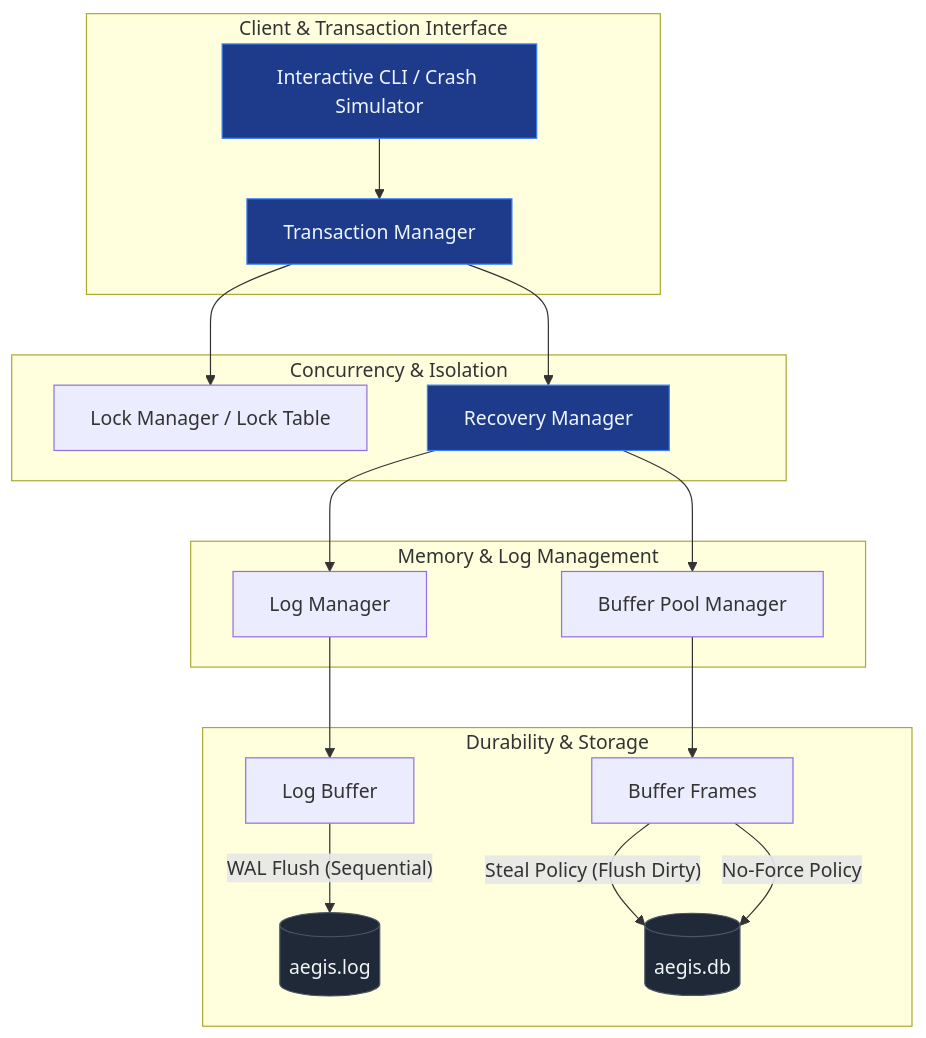
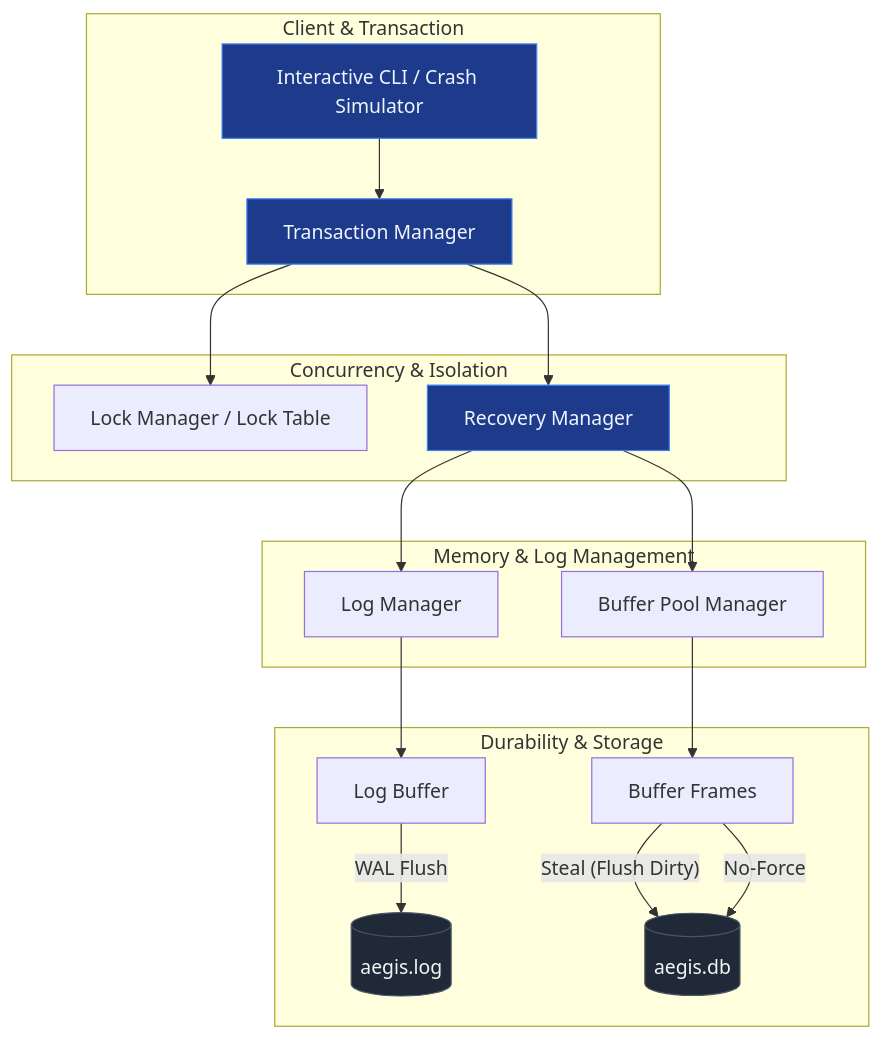
One commit to Siddhi-Nagapure-5/AegisDB changed the first of 2 diagrams in README.md. Above: the diagram before and after it, drawn with Mermaid. The commit also changed other lines of this file and 1 other file, not shown here.

````diff
--- a/README.md
+++ b/README.md
@@ -13,30 +13,30 @@
 ```mermaid
 graph TD
-    subgraph Client & Transaction Interface
+    subgraph Client & Transaction
         CLI[Interactive CLI / Crash Simulator] --> TM[Transaction Manager]
     end
 
     subgraph Concurrency & Isolation
         TM --> LT[Lock Manager / Lock Table]
         TM --> RM[Recovery Manager]
     end
 
     subgraph Memory & Log Management
         RM --> LM[Log Manager]
         RM --> BPM[Buffer Pool Manager]
     end
 
     subgraph Durability & Storage
         LM --> LB[Log Buffer]
-        LB -- "WAL Flush (Sequential)" --> LF[(aegis.log)]
+        LB -- "WAL Flush" --> LF[(aegis.log)]
         BPM --> BF[Buffer Frames]
-        BF -- "Steal Policy (Flush Dirty)" --> DF[(aegis.db)]
-        BF -- "No-Force Policy" --> DF
+        BF -- "Steal (Flush Dirty)" --> DF[(aegis.db)]
+        BF -- "No-Force" --> DF
     end
 
     style CLI fill:#1e3a8a,stroke:#3b82f6,color:#eff6ff
     style TM fill:#1e3a8a,stroke:#3b82f6,color:#eff6ff
     style RM fill:#1e3a8a,stroke:#3b82f6,color:#eff6ff
     style LF fill:#1f2937,stroke:#4b5563,color:#f3f4f6
     style DF fill:#1f2937,stroke:#4b5563,color:#f3f4f6
 ```
````
